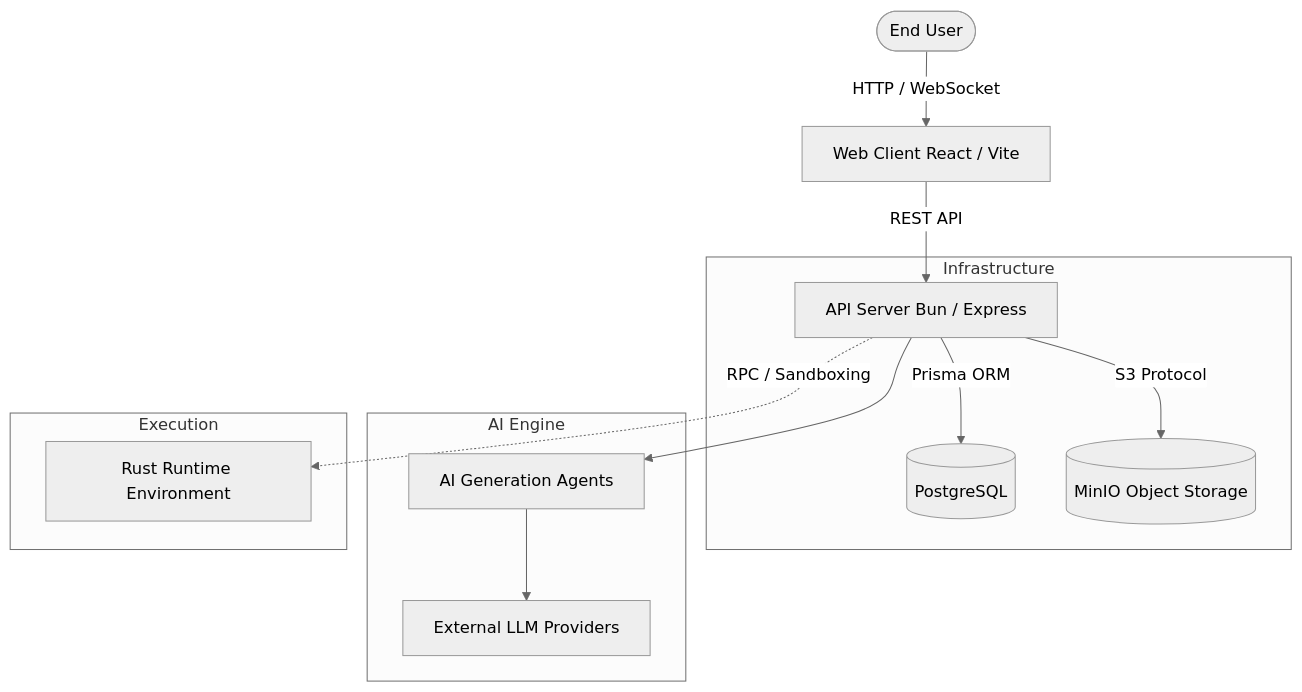
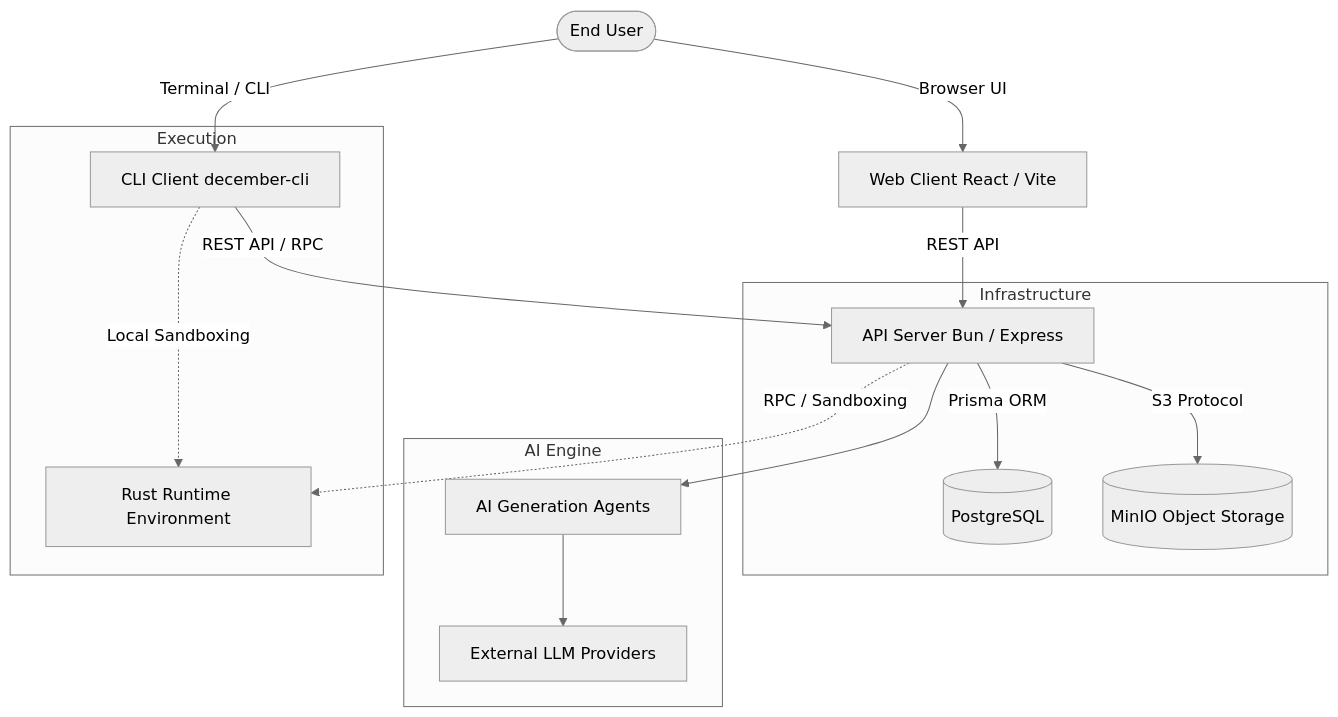
One commit to phasehumans/december changed the first of 5 diagrams in ARCHITECTURE.md. Above: the diagram before and after it, drawn with Mermaid (neutral theme). The commit also changed other lines of this file and 15 other files, not shown here.

````diff
--- a/ARCHITECTURE.md
+++ b/ARCHITECTURE.md
@@ -7,19 +7,22 @@
 ```mermaid
 graph TD
-    User([End User]) -->|HTTP / WebSocket| Web[Web Client React / Vite]
+    User([End User]) -->|Browser UI| Web[Web Client React / Vite]
+    User -->|Terminal / CLI| CLI[CLI Client december-cli]
     Web -->|REST API| Server[API Server Bun / Express]
+    CLI -->|REST API / RPC| Server
 
     subgraph Infrastructure
         Server -->|Prisma ORM| Postgres[(PostgreSQL)]
         Server -->|S3 Protocol| MinIO[(MinIO Object Storage)]
     end
 
     subgraph AI Engine
         Server --> Agents[AI Generation Agents]
         Agents --> ExternalModels[External LLM Providers]
     end
 
     subgraph Execution
         Server -.->|RPC / Sandboxing| Runtime[Rust Runtime Environment]
+        CLI -.->|Local Sandboxing| Runtime
     end
 ```
````
